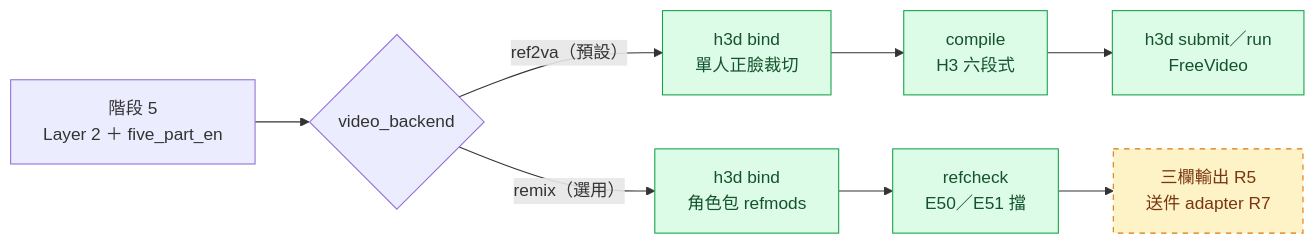
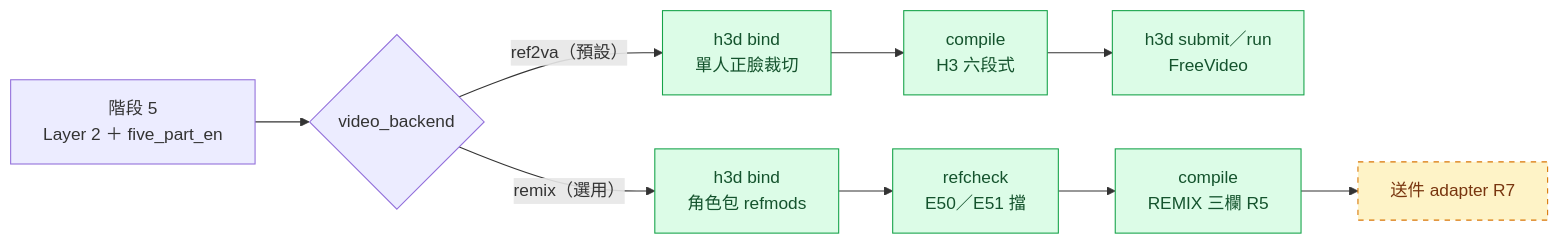
One commit to ayase0307/ai-comic-drama changed the fourth of 4 diagrams in README.md. Above: the diagram before and after it, drawn with Mermaid. The commit also changed other lines of this file and 16 other files, not shown here.

````diff
--- a/README.md
+++ b/README.md
@@ -222,14 +222,15 @@
 ```mermaid
 flowchart LR
     S5["階段 5<br/>Layer 2 ＋ five_part_en"] --> D{"video_backend"}
     D -->|"ref2va（預設）"| R1["h3d bind<br/>單人正臉裁切"]
     R1 --> R2["compile<br/>H3 六段式"]
     R2 --> R3["h3d submit／run<br/>FreeVideo"]
     D -->|"remix（選用）"| M1["h3d bind<br/>角色包 refmods"]
     M1 --> M2["refcheck<br/>E50／E51 擋"]
-    M2 --> M3["三欄輸出 R5<br/>送件 adapter R7"]
+    M2 --> M3["compile<br/>REMIX 三欄 R5"]
+    M3 --> M4["送件 adapter R7"]
     classDef done fill:#dcfce7,stroke:#16a34a,color:#14532d
     classDef wip fill:#fef3c7,stroke:#d97706,color:#78350f,stroke-dasharray:5 5
-    class R1,R2,R3,M1,M2 done
-    class M3 wip
+    class R1,R2,R3,M1,M2,M3 done
+    class M4 wip
 ```
````
